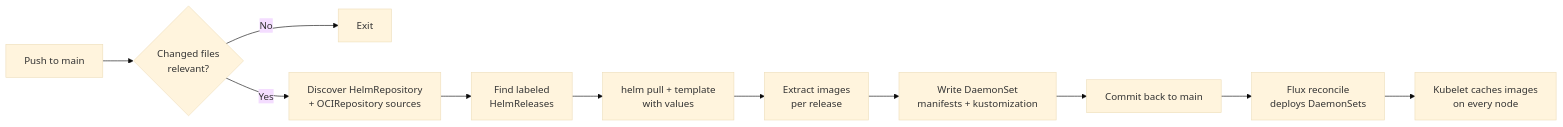
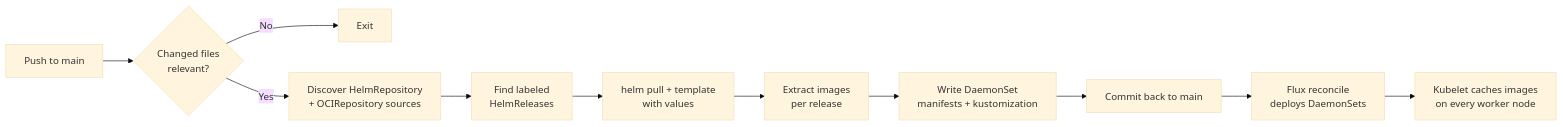
Before and after one commit to vtmocanu/hai: the diagram in custom-tools/prepuller.md, drawn with Mermaid (base theme). The commit also changed other lines of this file and 88 other files, not shown here.

````diff
--- a/custom-tools/prepuller.md
+++ b/custom-tools/prepuller.md
@@ -48,13 +41,13 @@
 ```mermaid
 flowchart LR
     A[Push to main] --> B{Changed files<br/>relevant?}
     B -- No --> Z[Exit]
     B -- Yes --> C[Discover HelmRepository<br/>+ OCIRepository sources]
     C --> D[Find labeled<br/>HelmReleases]
     D --> E[helm pull + template<br/>with values]
     E --> F[Extract images<br/>per release]
     F --> G[Write DaemonSet<br/>manifests + kustomization]
     G --> H[Commit back to main]
     H --> I[Flux reconcile<br/>deploys DaemonSets]
-    I --> J[Kubelet caches images<br/>on every node]
+    I --> J[Kubelet caches images<br/>on every worker node]
 ```
````
